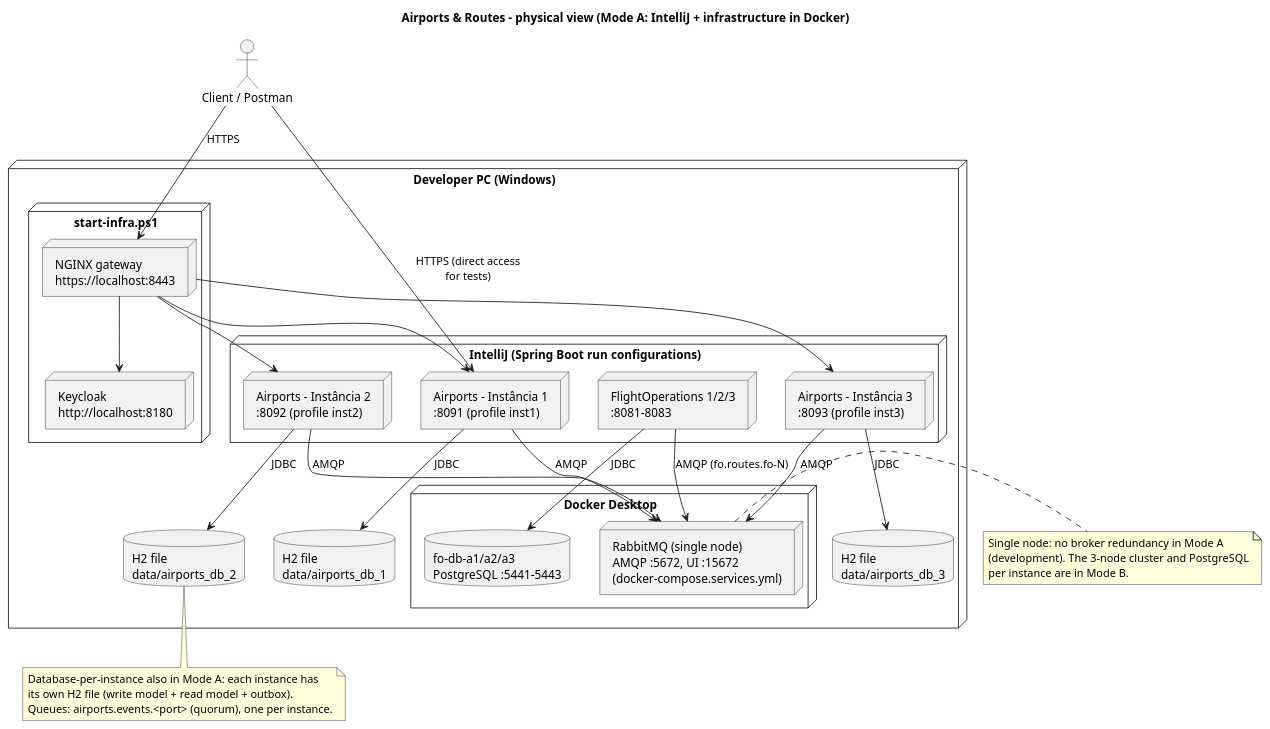
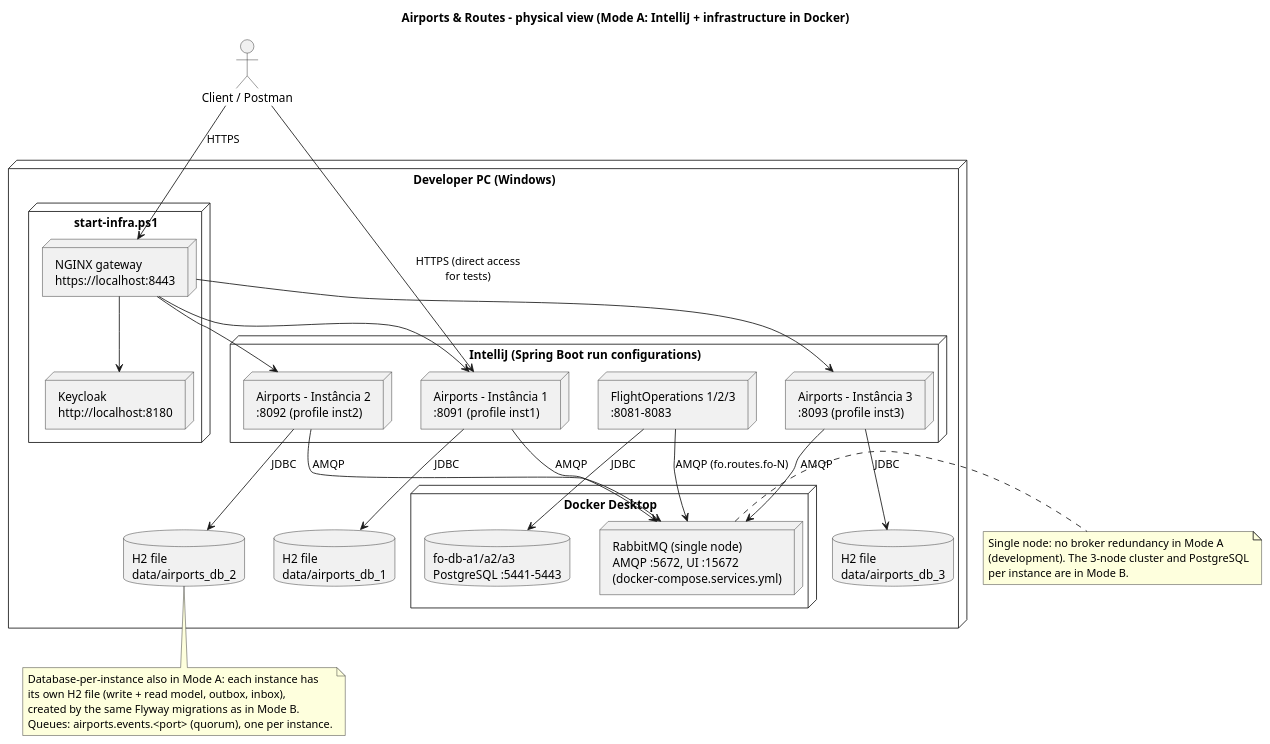
Before and after one commit to anamartasilvaa/SIDIG_AI_Safe: the diagram in Services/Airport e Routes/airports-routes-service/docs/E2/physical-view-airports-routes-mode-a.puml, drawn with PlantUML. The commit also changed 12 other files, not shown here.

```diff
--- a/Services/Airport e Routes/airports-routes-service/docs/E2/physical-view-airports-routes-mode-a.puml
+++ b/Services/Airport e Routes/airports-routes-service/docs/E2/physical-view-airports-routes-mode-a.puml
@@ -1,51 +1,52 @@
 @startuml physical-view-airports-routes-mode-a
 skinparam shadowing false
 title Airports & Routes - physical view (Mode A: IntelliJ + infrastructure in Docker)
 
 node "Developer PC (Windows)" {
   node "start-infra.ps1" {
     node "NGINX gateway\nhttps://localhost:8443" as GW
     node "Keycloak\nhttp://localhost:8180" as KC
   }
   node "IntelliJ (Spring Boot run configurations)" {
     node "Airports - Instância 1\n:8091 (profile inst1)" as AR1
     node "Airports - Instância 2\n:8092 (profile inst2)" as AR2
     node "Airports - Instância 3\n:8093 (profile inst3)" as AR3
     node "FlightOperations 1/2/3\n:8081-8083" as FO
   }
   database "H2 file\ndata/airports_db_1" as H1
   database "H2 file\ndata/airports_db_2" as H2
   database "H2 file\ndata/airports_db_3" as H3
   node "Docker Desktop" {
     node "RabbitMQ (single node)\nAMQP :5672, UI :15672\n(docker-compose.services.yml)" as MQ
     database "fo-db-a1/a2/a3\nPostgreSQL :5441-5443" as FODB
   }
 }
 
 actor "Client / Postman" as C
 C --> GW : HTTPS
 C --> AR1 : HTTPS (direct access\nfor tests)
 GW --> AR1
 GW --> AR2
 GW --> AR3
 GW --> KC
 AR1 --> H1 : JDBC
 AR2 --> H2 : JDBC
 AR3 --> H3 : JDBC
 AR1 --> MQ : AMQP
 AR2 --> MQ : AMQP
 AR3 --> MQ : AMQP
 FO --> MQ : AMQP (fo.routes.fo-N)
 FO --> FODB : JDBC
 
 note bottom of H2
   Database-per-instance also in Mode A: each instance has
-  its own H2 file (write model + read model + outbox).
+  its own H2 file (write + read model, outbox, inbox),
+  created by the same Flyway migrations as in Mode B.
   Queues: airports.events.<port> (quorum), one per instance.
 end note
 note right of MQ
   Single node: no broker redundancy in Mode A
   (development). The 3-node cluster and PostgreSQL
   per instance are in Mode B.
 end note
 @enduml
```
